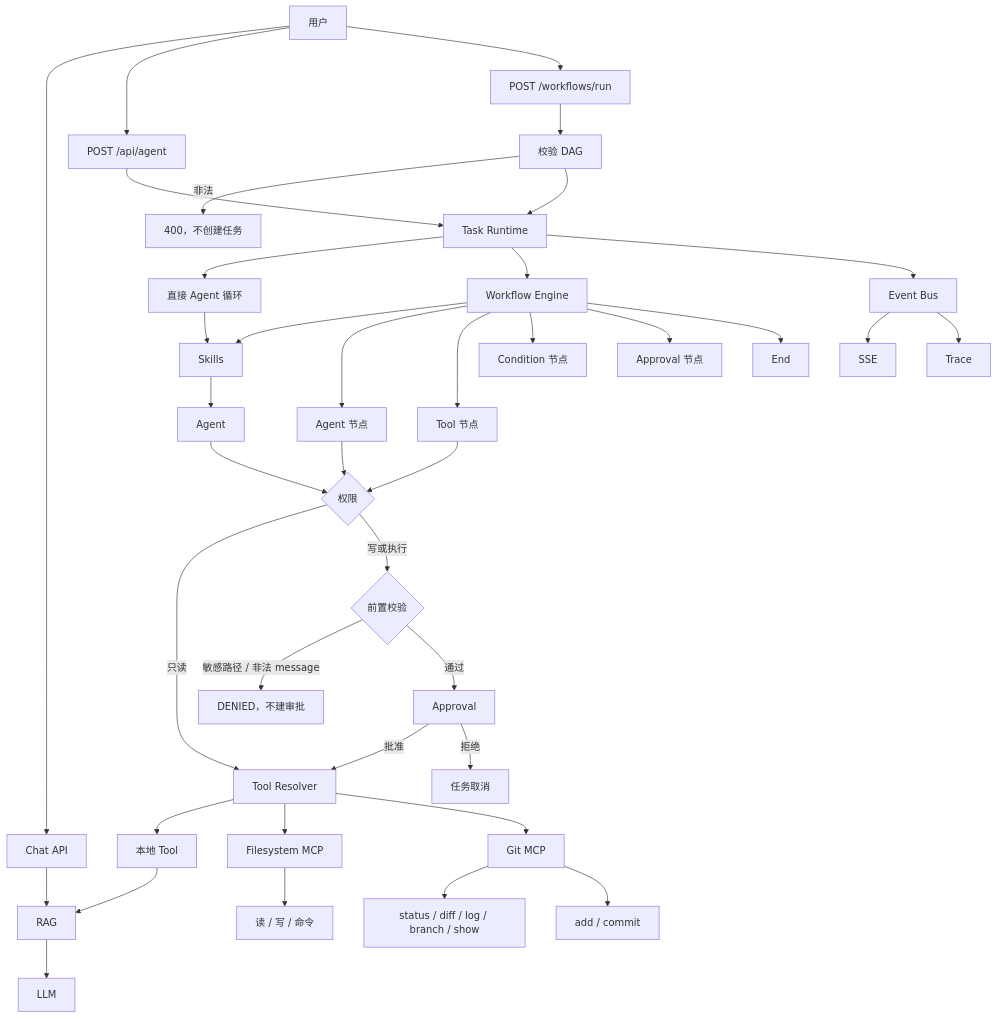
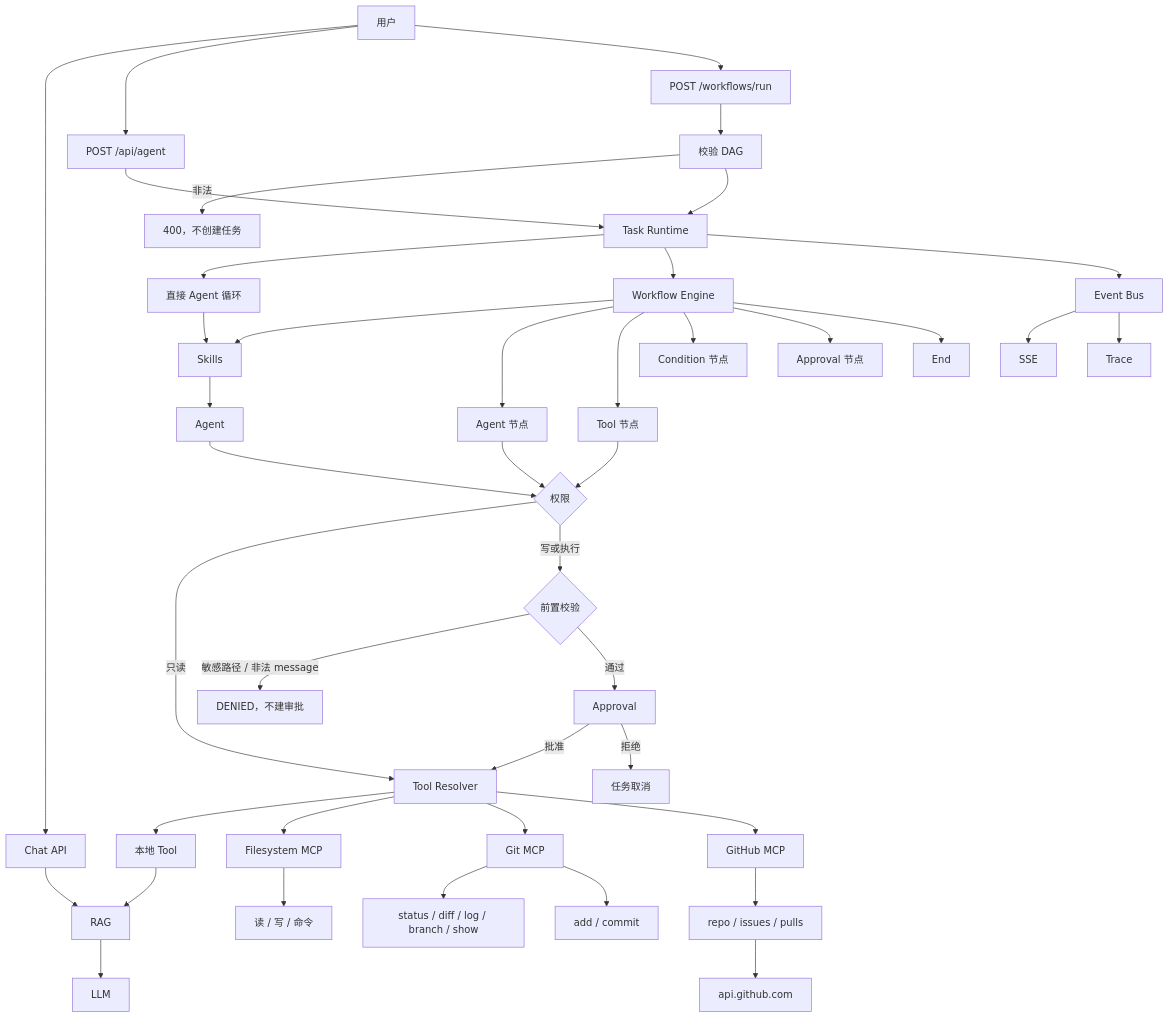
Before and after one commit to WaitingChen0117/agent-workbench: the diagram in README.md, drawn with Mermaid. The commit also changed other lines of this file and 2 other files, not shown here.

Commit message:
Add the v1.4.0 architecture as it existed when the read-only GitHub MCP shipped.

````diff
--- a/README.md
+++ b/README.md
@@ -21,40 +22,43 @@
 ```mermaid
 flowchart TB
   user["用户"] --> chat["Chat API"]
   user --> post["POST /api/agent"]
   user --> wf["POST /workflows/run"]
   chat --> rag["RAG"] --> llm["LLM"]
   wf --> validator["校验 DAG"]
   validator -->|非法| bad["400，不创建任务"]
   validator --> runtime["Task Runtime"]
   post --> runtime
   runtime --> direct["直接 Agent 循环"]
   runtime --> engine["Workflow Engine"]
   direct --> skills["Skills"]
   engine --> skills
   skills --> agent["Agent"]
   engine --> agentNode["Agent 节点"]
   engine --> toolNode["Tool 节点"]
   engine --> cond["Condition 节点"]
   engine --> apprNode["Approval 节点"]
   engine --> endNode["End"]
   agent --> gate{"权限"}
   agentNode --> gate
   toolNode --> gate
   gate -->|只读| resolver["Tool Resolver"]
   gate -->|写或执行| guard{"前置校验"}
   guard -->|敏感路径 / 非法 message| denied["DENIED，不建审批"]
   guard -->|通过| approval["Approval"]
   approval -->|批准| resolver
   approval -->|拒绝| cancel["任务取消"]
   resolver --> local["本地 Tool"]
   resolver --> fsmcp["Filesystem MCP"]
   resolver --> gitmcp["Git MCP"]
+  resolver --> ghmcp["GitHub MCP"]
   local --> rag
   fsmcp --> files["读 / 写 / 命令"]
   gitmcp --> gitRead["status / diff / log / branch / show"]
   gitmcp --> gitWrite["add / commit"]
+  ghmcp --> gh["repo / issues / pulls"]
+  gh --> api["api.github.com"]
   runtime --> bus["Event Bus"]
   bus --> sse["SSE"]
   bus --> trace["Trace"]
 ```
````
